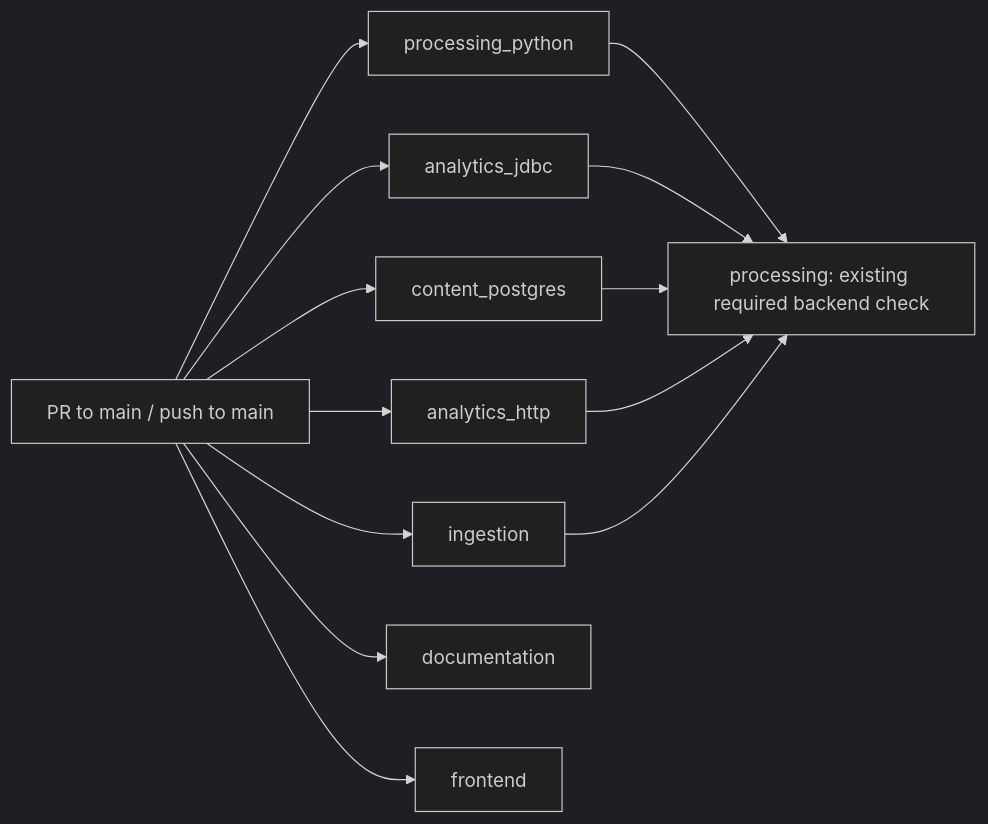
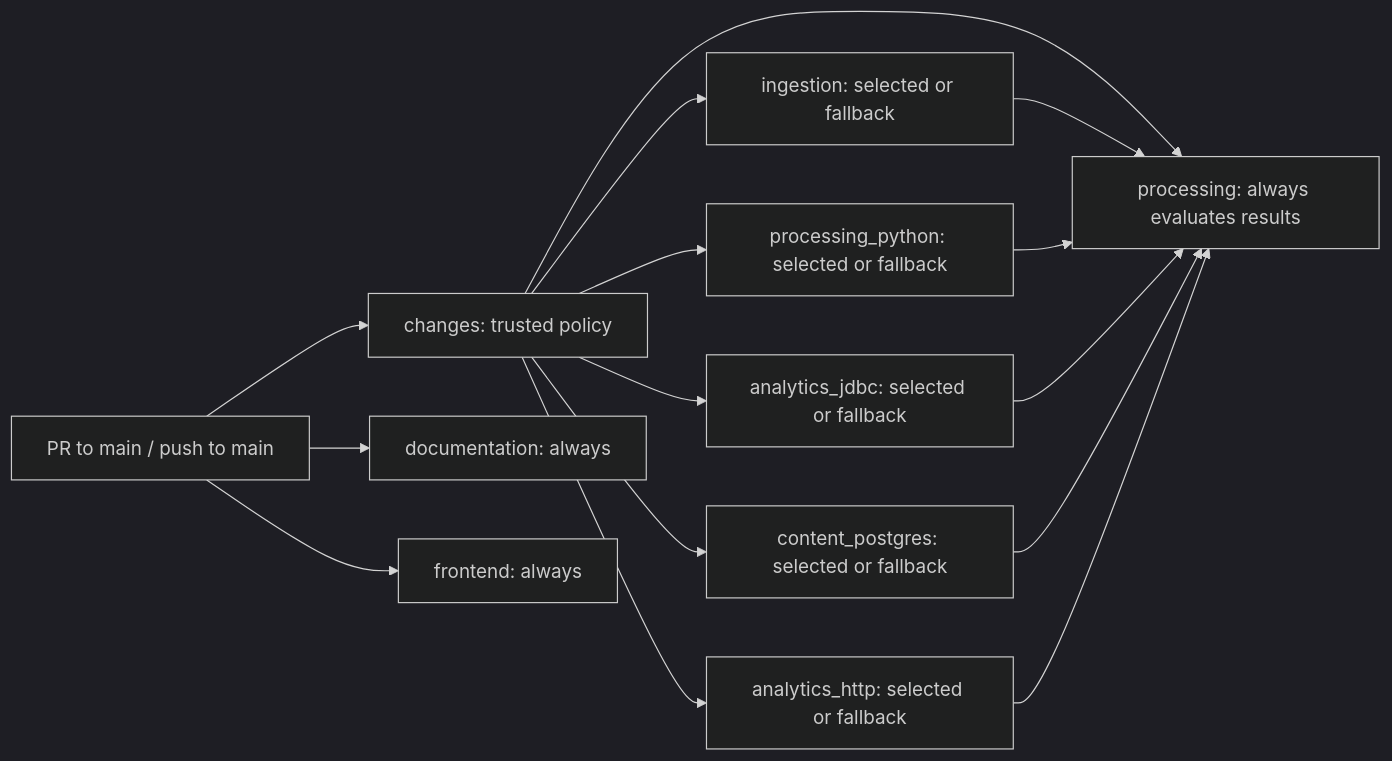
One commit to saurabh-tayade/distributed-data-intelligence-platform changed the diagram in docs/operations/ci.md. Above: the diagram before and after it, drawn with Mermaid (dark theme). The commit also changed other lines of this file and 3 other files, not shown here.

````diff
--- a/docs/operations/ci.md
+++ b/docs/operations/ci.md
@@ -15,15 +18,17 @@
 ```mermaid
 flowchart LR
-  event[PR to main / push to main] --> python[processing_python]
-  event --> jdbc[analytics_jdbc]
-  event --> postgres[content_postgres]
-  event --> http[analytics_http]
-  event --> ingestion[ingestion]
-  event --> docs[documentation]
-  event --> frontend[frontend]
-  python --> gate[processing: existing required backend check]
+  event[PR to main / push to main] --> changes[changes: trusted policy]
+  event --> docs[documentation: always]
+  event --> frontend[frontend: always]
+  changes --> ingestion[ingestion: selected or fallback]
+  changes --> python[processing_python: selected or fallback]
+  changes --> jdbc[analytics_jdbc: selected or fallback]
+  changes --> postgres[content_postgres: selected or fallback]
+  changes --> http[analytics_http: selected or fallback]
+  changes --> gate[processing: always evaluates results]
+  ingestion --> gate
+  python --> gate
   jdbc --> gate
   postgres --> gate
   http --> gate
-  ingestion --> gate
 ```
````
